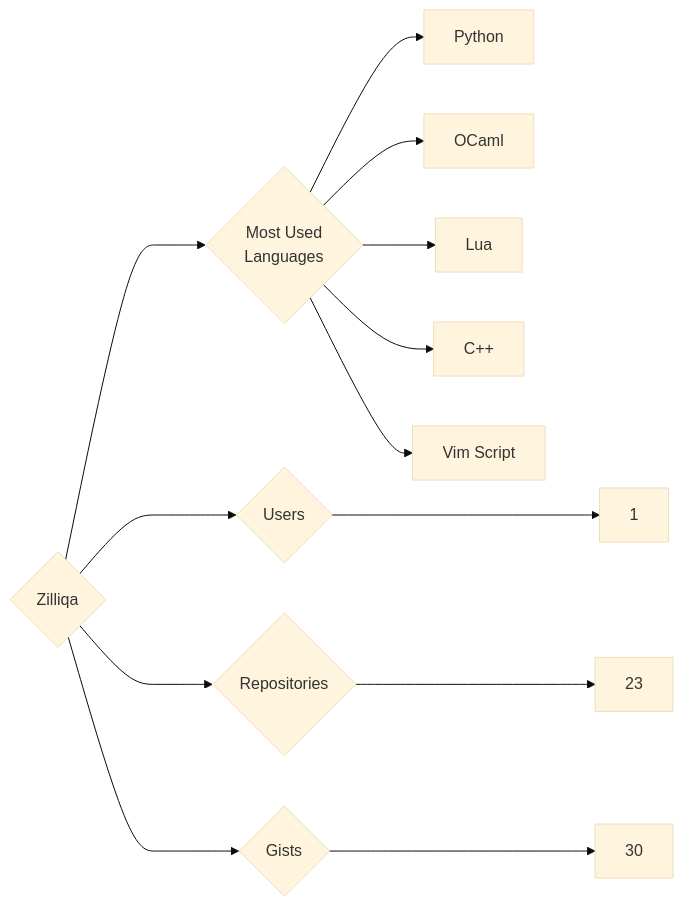
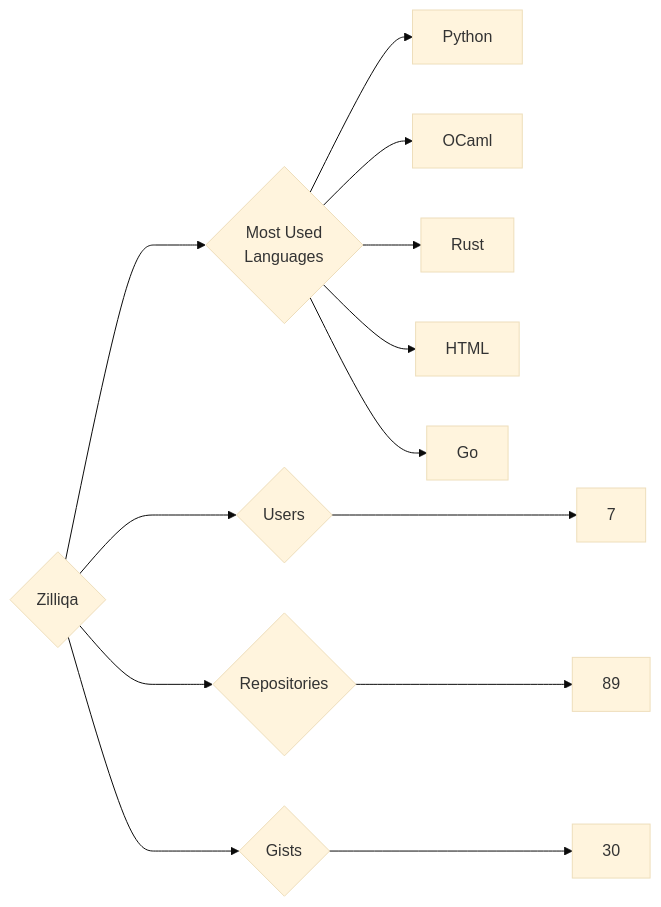
One commit to trickest/insiders changed the diagram in targets/Zilliqa/README.md. Above: the diagram before and after it, drawn with Mermaid (base theme). The commit also changed 1389 other files, not shown here.

````diff
--- a/targets/Zilliqa/README.md
+++ b/targets/Zilliqa/README.md
@@ -3,13 +3,13 @@
 ```mermaid
 graph LR
 COMPANY_NAME{Zilliqa}
-COMPANY_NAME ---> U{Users} ---> UN[1]
-COMPANY_NAME ---> R{Repositories} ---> RN[23]
+COMPANY_NAME ---> U{Users} ---> UN[7]
+COMPANY_NAME ---> R{Repositories} ---> RN[89]
 COMPANY_NAME ---> G{Gists} ---> GN[30]
 COMPANY_NAME ---> ML{Most Used<br>Languages}
 ML --> Python[Python]
 ML --> OCaml[OCaml]
-ML --> Lua[Lua]
-ML --> C++[C++]
-ML --> Vim_Script[Vim Script]
+ML --> Rust[Rust]
+ML --> HTML[HTML]
+ML --> Go[Go]
 ```
````
